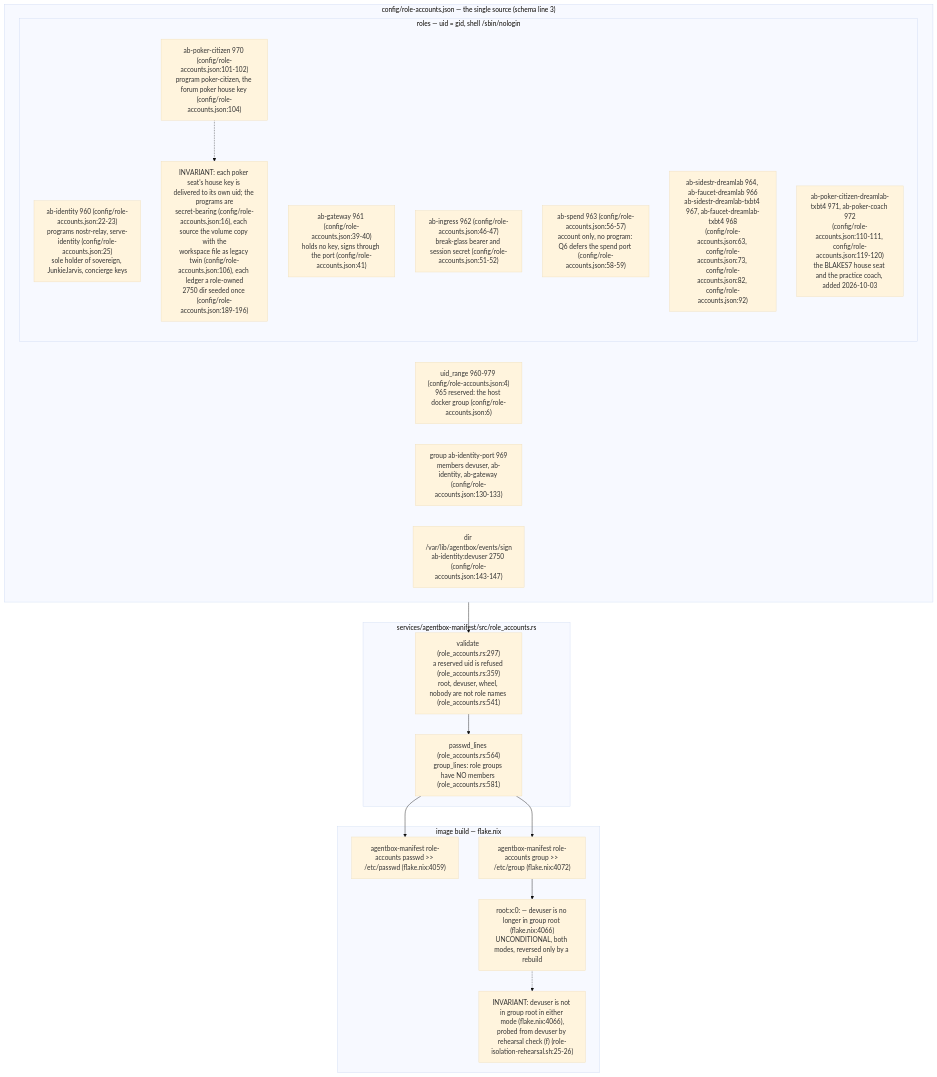
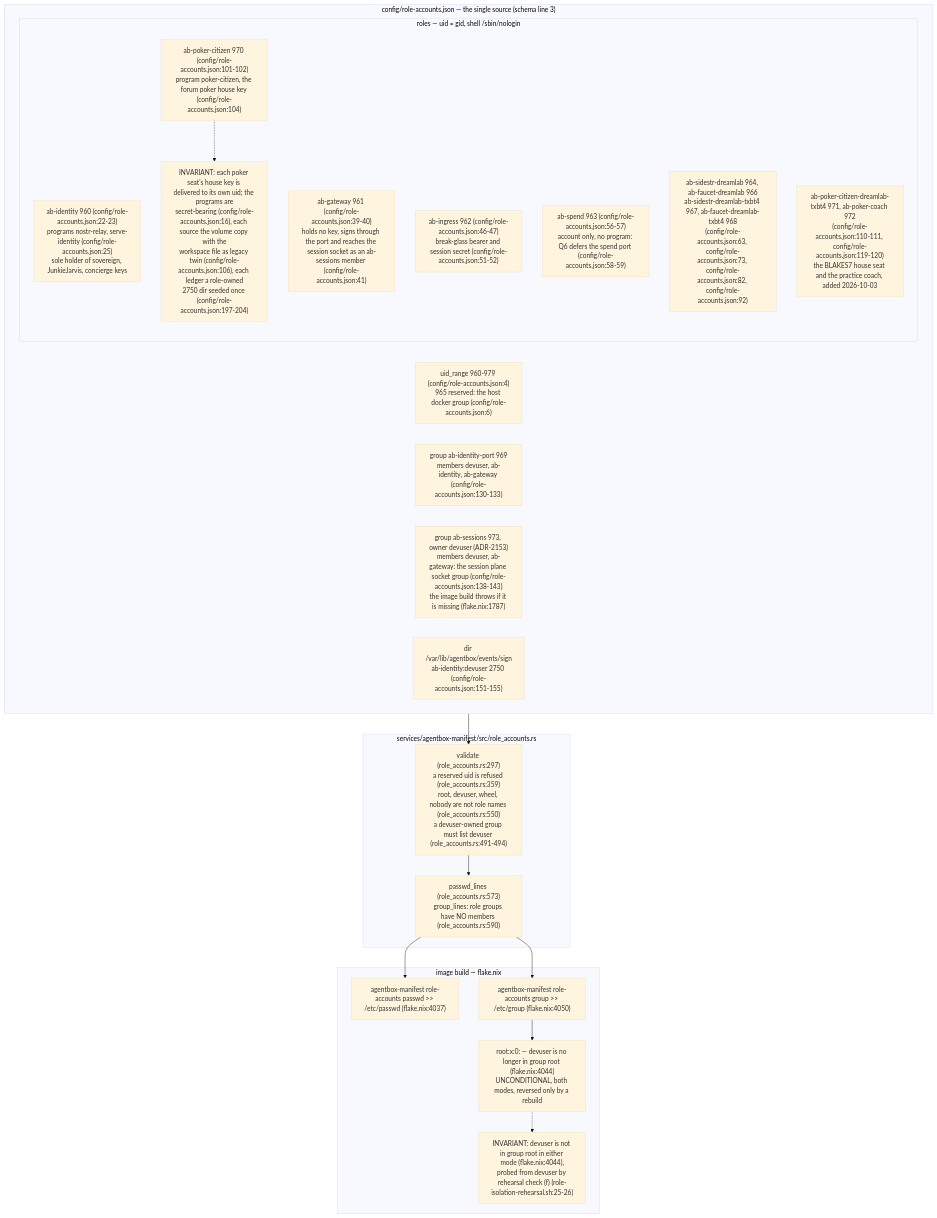
One commit to DreamLab-AI/VisionFlow changed the first of 7 diagrams in docs/diagrams/agentbox/36-role-isolation-and-identity-port.md. Above: the diagram before and after it, drawn with Mermaid (base theme). The commit also changed other lines of this file and 145 other files, not shown here.

````diff
--- a/docs/diagrams/agentbox/36-role-isolation-and-identity-port.md
+++ b/docs/diagrams/agentbox/36-role-isolation-and-identity-port.md
@@ -48,32 +48,33 @@
 ```mermaid
 flowchart TB
     subgraph TABLE["config/role-accounts.json — the single source (schema line 3)"]
         RANGE["uid_range 960-979 (config/role-accounts.json:4)<br/>965 reserved: the host docker group (config/role-accounts.json:6)"]
         subgraph ROLES["roles — uid = gid, shell /sbin/nologin"]
             ID["ab-identity 960 (config/role-accounts.json:22-23)<br/>programs nostr-relay, serve-identity (config/role-accounts.json:25)<br/>sole holder of sovereign, JunkieJarvis, concierge keys"]
-            GW["ab-gateway 961 (config/role-accounts.json:39-40)<br/>holds no key, signs through the port (config/role-accounts.json:41)"]
+            GW["ab-gateway 961 (config/role-accounts.json:39-40)<br/>holds no key, signs through the port and reaches the session socket as an ab-sessions member (config/role-accounts.json:41)"]
             IN["ab-ingress 962 (config/role-accounts.json:46-47)<br/>break-glass bearer and session secret (config/role-accounts.json:51-52)"]
             SP["ab-spend 963 (config/role-accounts.json:56-57)<br/>account only, no program: Q6 defers the spend port (config/role-accounts.json:58-59)"]
             CH["ab-sidestr-dreamlab 964, ab-faucet-dreamlab 966<br/>ab-sidestr-dreamlab-txbt4 967, ab-faucet-dreamlab-txbt4 968<br/>(config/role-accounts.json:63, config/role-accounts.json:73, config/role-accounts.json:82, config/role-accounts.json:92)"]
             PK["ab-poker-citizen 970 (config/role-accounts.json:101-102)<br/>program poker-citizen, the forum poker house key (config/role-accounts.json:104)"]
             PK2["ab-poker-citizen-dreamlab-txbt4 971, ab-poker-coach 972<br/>(config/role-accounts.json:110-111, config/role-accounts.json:119-120)<br/>the BLAKES7 house seat and the practice coach, added 2026-10-03"]
-            PK -.-> N2["INVARIANT: each poker seat's house key is delivered to its own uid; the programs are<br/>secret-bearing (config/role-accounts.json:16), each source the volume copy with the<br/>workspace file as legacy twin (config/role-accounts.json:106), each ledger a role-owned<br/>2750 dir seeded once (config/role-accounts.json:189-196)"]
+            PK -.-> N2["INVARIANT: each poker seat's house key is delivered to its own uid; the programs are<br/>secret-bearing (config/role-accounts.json:16), each source the volume copy with the<br/>workspace file as legacy twin (config/role-accounts.json:106), each ledger a role-owned<br/>2750 dir seeded once (config/role-accounts.json:197-204)"]
         end
         GRP["group ab-identity-port 969<br/>members devuser, ab-identity, ab-gateway (config/role-accounts.json:130-133)"]
-        DIR["dir /var/lib/agentbox/events/sign<br/>ab-identity:devuser 2750 (config/role-accounts.json:143-147)"]
+        GRP2["group ab-sessions 973, owner devuser (ADR-2153)<br/>members devuser, ab-gateway: the session plane socket group (config/role-accounts.json:138-143)<br/>the image build throws if it is missing (flake.nix:1787)"]
+        DIR["dir /var/lib/agentbox/events/sign<br/>ab-identity:devuser 2750 (config/role-accounts.json:151-155)"]
     end
     subgraph BUILD["image build — flake.nix"]
-        PW["agentbox-manifest role-accounts passwd >> /etc/passwd (flake.nix:4059)"]
-        GR["agentbox-manifest role-accounts group >> /etc/group (flake.nix:4072)"]
-        ROOTG["root:x:0: — devuser is no longer in group root (flake.nix:4066)<br/>UNCONDITIONAL, both modes, reversed only by a rebuild"]
-        ROOTG -.-> N1["INVARIANT: devuser is not in group root in either mode (flake.nix:4066),<br/>probed from devuser by rehearsal check (f) (role-isolation-rehearsal.sh:25-26)"]
+        PW["agentbox-manifest role-accounts passwd >> /etc/passwd (flake.nix:4037)"]
+        GR["agentbox-manifest role-accounts group >> /etc/group (flake.nix:4050)"]
+        ROOTG["root:x:0: — devuser is no longer in group root (flake.nix:4044)<br/>UNCONDITIONAL, both modes, reversed only by a rebuild"]
+        ROOTG -.-> N1["INVARIANT: devuser is not in group root in either mode (flake.nix:4044),<br/>probed from devuser by rehearsal check (f) (role-isolation-rehearsal.sh:25-26)"]
     end
     subgraph RUST["services/agentbox-manifest/src/role_accounts.rs"]
-        VAL["validate (role_accounts.rs:297)<br/>a reserved uid is refused (role_accounts.rs:359)<br/>root, devuser, wheel, nobody are not role names (role_accounts.rs:541)"]
-        LINES["passwd_lines (role_accounts.rs:564)<br/>group_lines: role groups have NO members (role_accounts.rs:581)"]
+        VAL["validate (role_accounts.rs:297)<br/>a reserved uid is refused (role_accounts.rs:359)<br/>root, devuser, wheel, nobody are not role names (role_accounts.rs:550)<br/>a devuser-owned group must list devuser (role_accounts.rs:491-494)"]
+        LINES["passwd_lines (role_accounts.rs:573)<br/>group_lines: role groups have NO members (role_accounts.rs:590)"]
     end
     TABLE --> VAL --> LINES
     LINES --> PW
     LINES --> GR
     GR --> ROOTG
 ```
````
